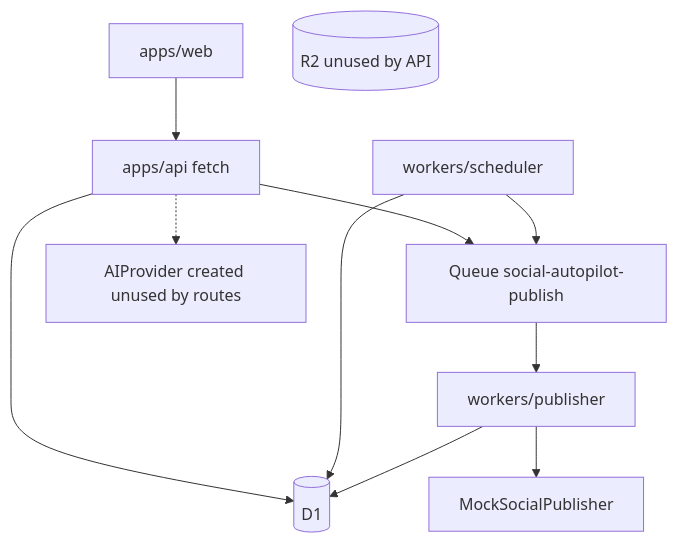
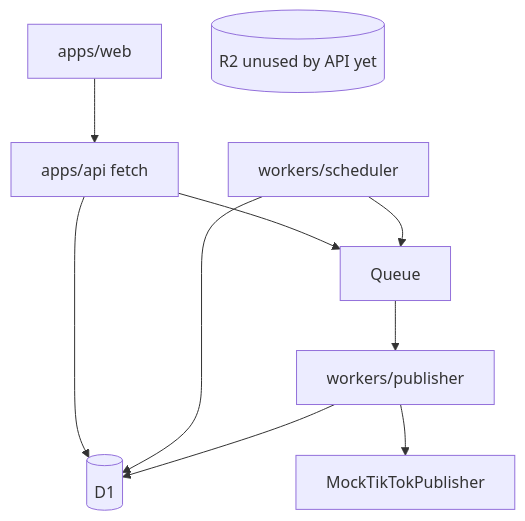
Before and after one commit to hptbee/b3_affiliate-autopilot: the diagram in docs/IMPLEMENTATION-PLAN.md, drawn with Mermaid. The commit also changed other lines of this file and 63 other files, not shown here.

First line of the commit message:
Retarget architecture to TikTok-first MVP.

````diff
--- a/docs/IMPLEMENTATION-PLAN.md
+++ b/docs/IMPLEMENTATION-PLAN.md
@@ -48,22 +26,20 @@
 ```mermaid
 flowchart TD
     Web[apps/web]
     API[apps/api fetch]
     D1[(D1)]
-    R2[(R2 unused by API)]
-    Q[Queue social-autopilot-publish]
+    R2[(R2 unused by API yet)]
+    Q[Queue]
     Cron[workers/scheduler]
     Pub[workers/publisher]
-    Mock[MockSocialPublisher]
-    AI[AIProvider created unused by routes]
+    Mock[MockTikTokPublisher]
 
     Web --> API
     API --> D1
     API --> Q
-    API -.-> AI
     Cron --> D1
     Cron --> Q
     Q --> Pub
     Pub --> D1
     Pub --> Mock
 ```
````
